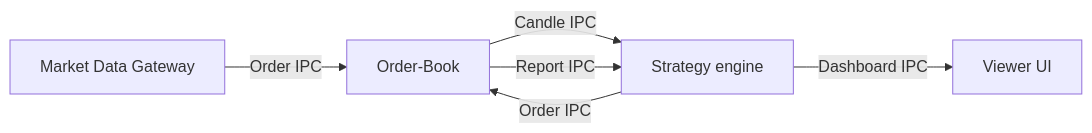
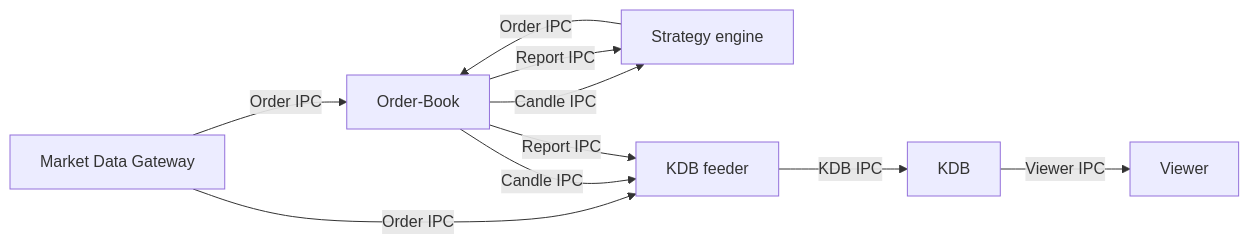
One commit to Croudxd/low-latency-shadow-trading-system changed the diagram in README.md. Above: the diagram before and after it, drawn with Mermaid. The commit also changed other lines of this file, not shown here.

First line of the commit message:
Revise README with KDB feeder details and benchmarks

````diff
--- a/README.md
+++ b/README.md
@@ -22,9 +16,12 @@
 ```mermaid
 graph LR
     A[Market Data Gateway] -- Order IPC --> B[Order-Book]
     B -- Candle IPC --> C[Strategy engine]
     C -- Order IPC  --> B
     B -- Report IPC --> C
-    C -- Dashboard IPC --> D[Viewer UI]
-
+    A -- Order IPC --> D[KDB feeder] 
+    B -- Candle IPC --> D[KDB feeder]
+    B -- Report IPC --> D[KDB feeder]
+    D -- KDB IPC --> E[KDB]
+    E -- Viewer IPC --> F[Viewer]
 ```
````
